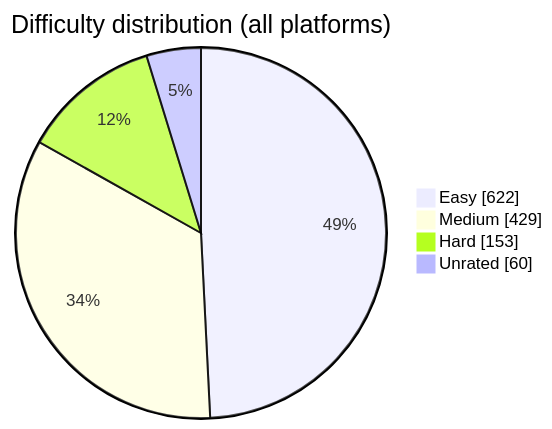
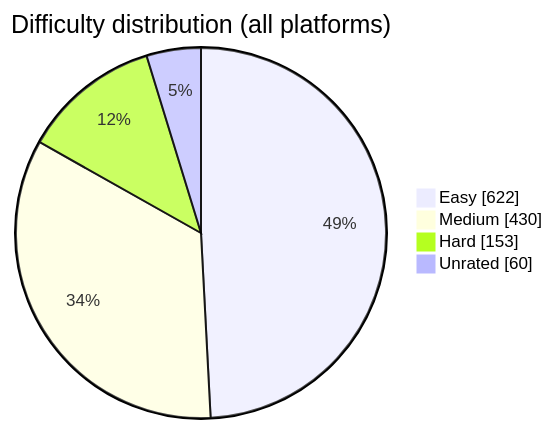
One commit to BuildbyArindam/Daily-Coding-Log changed the diagram in README.md. Above: the diagram before and after it, drawn with Mermaid. The commit also changed other lines of this file, not shown here.

````diff
--- a/README.md
+++ b/README.md
@@ -93,7 +93,7 @@
 ```mermaid
 pie showData title Difficulty distribution (all platforms)
     "Easy" : 622
-    "Medium" : 429
+    "Medium" : 430
     "Hard" : 153
     "Unrated" : 60
 ```
````
